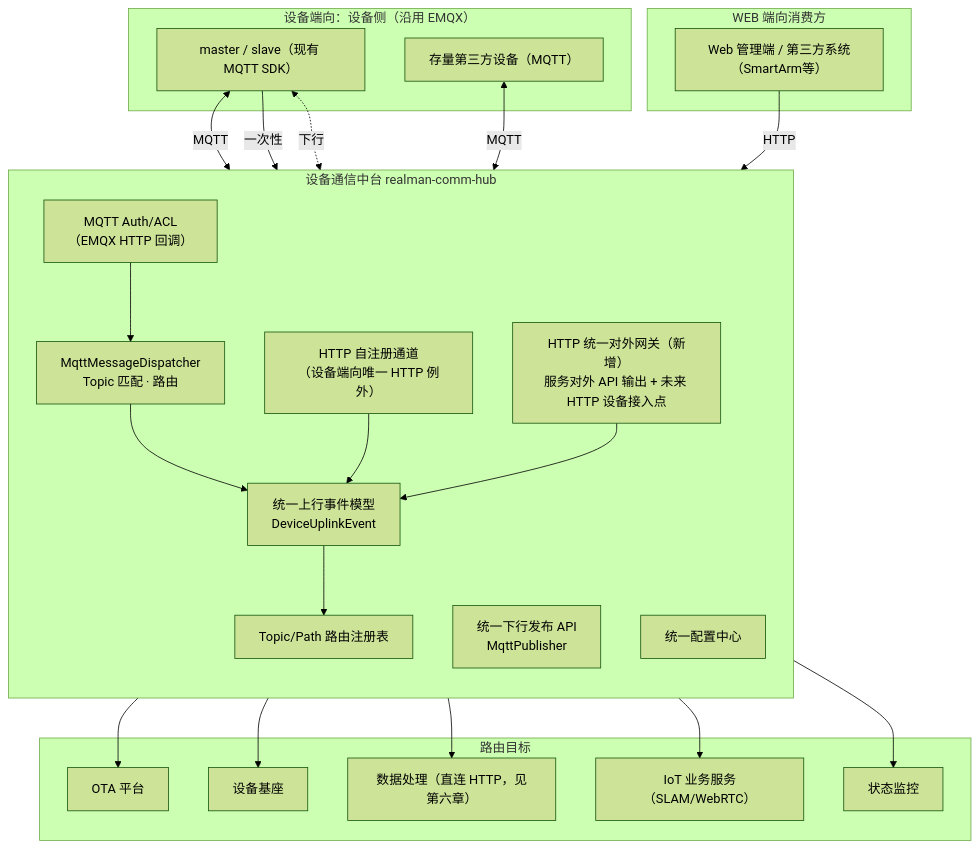
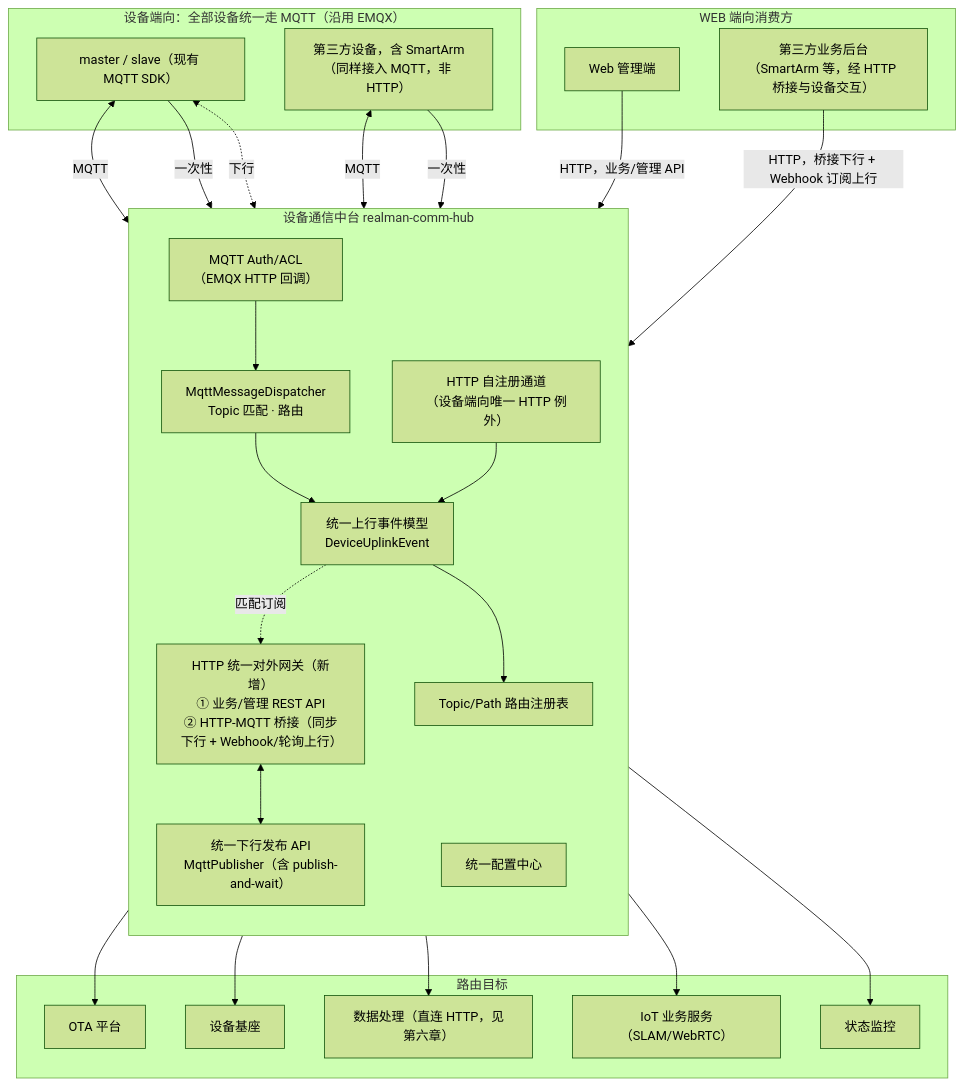
Before and after one commit to zhenyue2021/realman: the diagram in docs/design/2026-07-08-device-comm-hub-detailed-design.md, drawn with Mermaid (forest theme). The commit also changed other lines of this file and 1 other file, not shown here.

````diff
--- a/docs/design/2026-07-08-device-comm-hub-detailed-design.md
+++ b/docs/design/2026-07-08-device-comm-hub-detailed-design.md
@@ -25,45 +25,49 @@
 ```mermaid
 flowchart TB
-  subgraph south["设备端向：设备侧（沿用 EMQX）"]
+  subgraph south["设备端向：全部设备统一走 MQTT（沿用 EMQX）"]
     DEV_MS["master / slave（现有 MQTT SDK）"]
-    DEV_3RD["存量第三方设备（MQTT）"]
+    DEV_3RD["第三方设备，含 SmartArm\n（同样接入 MQTT，非 HTTP）"]
   end
 
   subgraph hub["设备通信中台 realman-comm-hub"]
     direction TB
     AUTH["MQTT Auth/ACL\n（EMQX HTTP 回调）"]
     DISPATCH["MqttMessageDispatcher\nTopic 匹配 · 路由"]
-    PUB["统一下行发布 API\nMqttPublisher"]
+    PUB["统一下行发布 API\nMqttPublisher（含 publish-and-wait）"]
     PROVISION["HTTP 自注册通道\n（设备端向唯一 HTTP 例外）"]
     NORM["统一上行事件模型\nDeviceUplinkEvent"]
-    GW["HTTP 统一对外网关（新增）\n服务对外 API 输出 + 未来 HTTP 设备接入点"]
+    GW["HTTP 统一对外网关（新增）\n① 业务/管理 REST API\n② HTTP-MQTT 桥接（同步下行 + Webhook/轮询上行）"]
     ROUTE["Topic/Path 路由注册表"]
     CFG["统一配置中心"]
 
     AUTH --> DISPATCH
     DISPATCH --> NORM
     PROVISION --> NORM
-    GW --> NORM
+    GW <--> PUB
     NORM --> ROUTE
+    NORM -.匹配订阅.-> GW
   end
 
   subgraph north["WEB 端向消费方"]
-    ADMIN["Web 管理端 / 第三方系统（SmartArm等）"]
+    ADMIN["Web 管理端"]
+    THIRDBIZ["第三方业务后台\n（SmartArm 等，经 HTTP 桥接与设备交互）"]
   end
 
   subgraph consumers["路由目标"]
     OTAP["OTA 平台"]
     DEVMGMT["设备基座"]
     DP["数据处理（直连 HTTP，见第六章）"]
     IOT["IoT 业务服务（SLAM/WebRTC）"]
     MON["状态监控"]
   end
 
   DEV_MS <-->|MQTT| AUTH
   DEV_MS -->|一次性| PROVISION
   DEV_3RD <-->|MQTT| AUTH
-  ADMIN -->|HTTP| GW
+  DEV_3RD -->|一次性| PROVISION
+  ADMIN -->|HTTP，业务/管理 API| GW
+  THIRDBIZ -->|HTTP，桥接下行 + Webhook 订阅上行| GW
 
   DEV_MS <-.下行.-> PUB
   ROUTE --> OTAP & DEVMGMT & DP & IOT & MON
 ```
````
